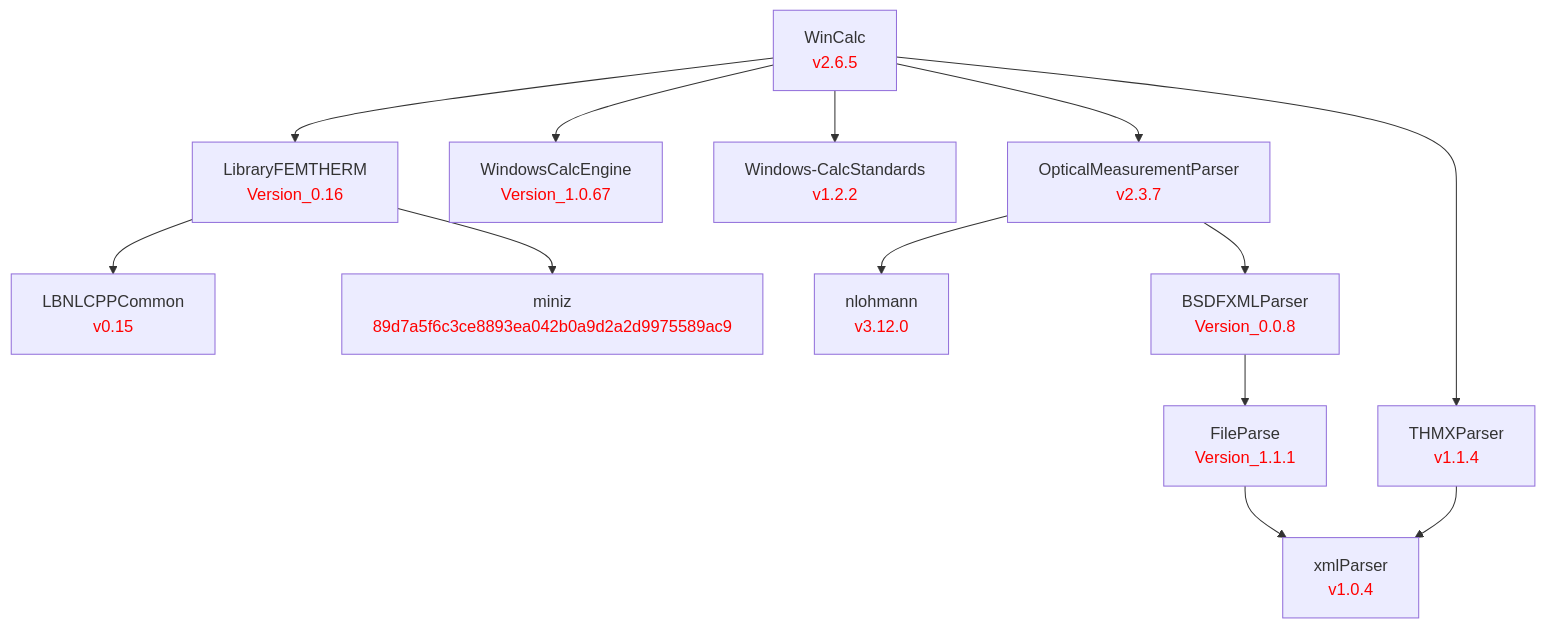
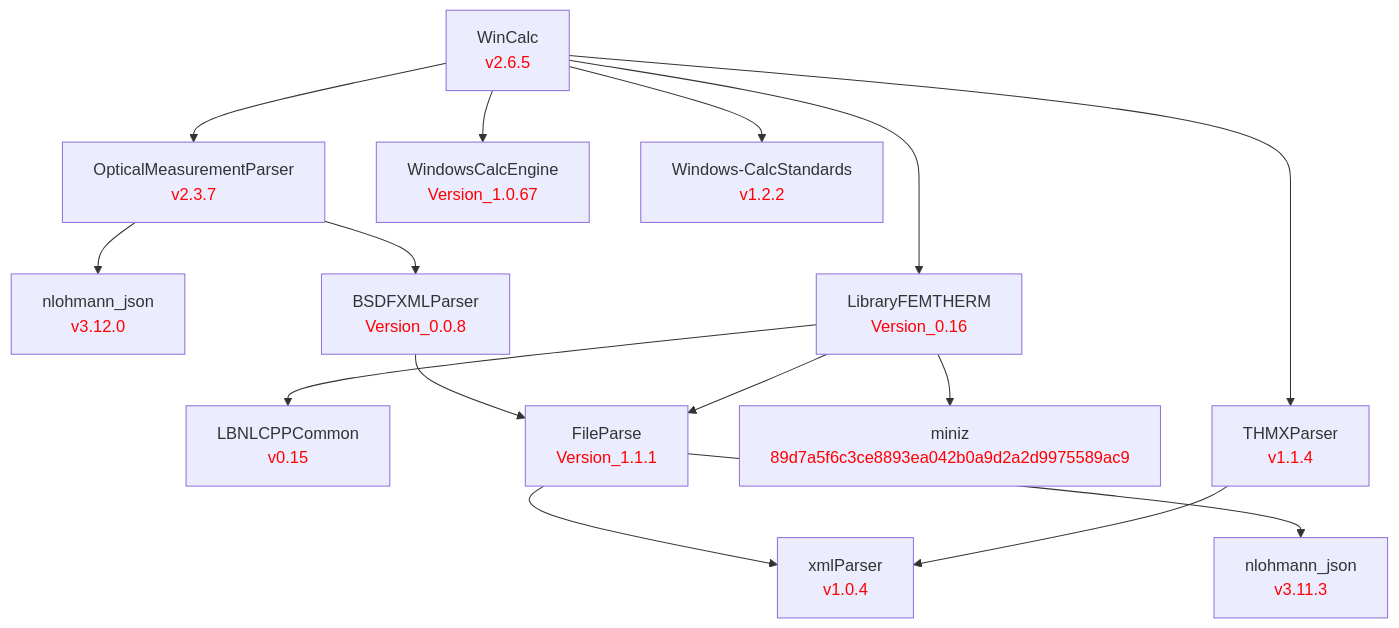
Before and after one commit to LBNL-ETA/WinCalc: the diagram in doc/WinCalc.md, drawn with Mermaid.

Commit message:
Fix dependency chart: show both nlohmann_json versions, add FileParse relations

````diff
--- a/doc/WinCalc.md
+++ b/doc/WinCalc.md
@@ -1,30 +1,33 @@
 ```mermaid
 graph TD
     %% Package definitions
     LBNLCPPCommon[LBNLCPPCommon<br/><font color='red'>v0.15</font>]
     xmlParser[xmlParser<br/><font color='red'>v1.0.4</font>]
     FileParse[FileParse<br/><font color='red'>Version_1.1.1</font>]
     miniz[miniz<br/><font color='red'>89d7a5f6c3ce8893ea042b0a9d2a2d9975589ac9</font>]
     OpticalMeasurementParser[OpticalMeasurementParser<br/><font color='red'>v2.3.7</font>]
-    nlohmann[nlohmann<br/><font color='red'>v3.12.0</font>]
+    nlohmann_omp[nlohmann_json<br/><font color='red'>v3.12.0</font>]
+    nlohmann_fp[nlohmann_json<br/><font color='red'>v3.11.3</font>]
     BSDFXMLParser[BSDFXMLParser<br/><font color='red'>Version_0.0.8</font>]
     THMXParser[THMXParser<br/><font color='red'>v1.1.4</font>]
     WindowsCalcEngine[WindowsCalcEngine<br/><font color='red'>Version_1.0.67</font>]
     Windows-CalcStandards[Windows-CalcStandards<br/><font color='red'>v1.2.2</font>]
     LibraryFEMTHERM[LibraryFEMTHERM<br/><font color='red'>Version_0.16</font>]
     WinCalc[WinCalc<br/><font color='red'>v2.6.5</font>]
 
     %% Package relations
     WinCalc --> OpticalMeasurementParser
-    OpticalMeasurementParser --> nlohmann
+    OpticalMeasurementParser --> nlohmann_omp
     OpticalMeasurementParser --> BSDFXMLParser
     FileParse --> xmlParser
+    FileParse --> nlohmann_fp
     BSDFXMLParser --> FileParse
+    LibraryFEMTHERM --> FileParse
     THMXParser --> xmlParser
     WinCalc --> THMXParser
     WinCalc --> Windows-CalcStandards
     WinCalc --> WindowsCalcEngine
     LibraryFEMTHERM --> miniz
     LibraryFEMTHERM --> LBNLCPPCommon
     WinCalc --> LibraryFEMTHERM
 ```
````
